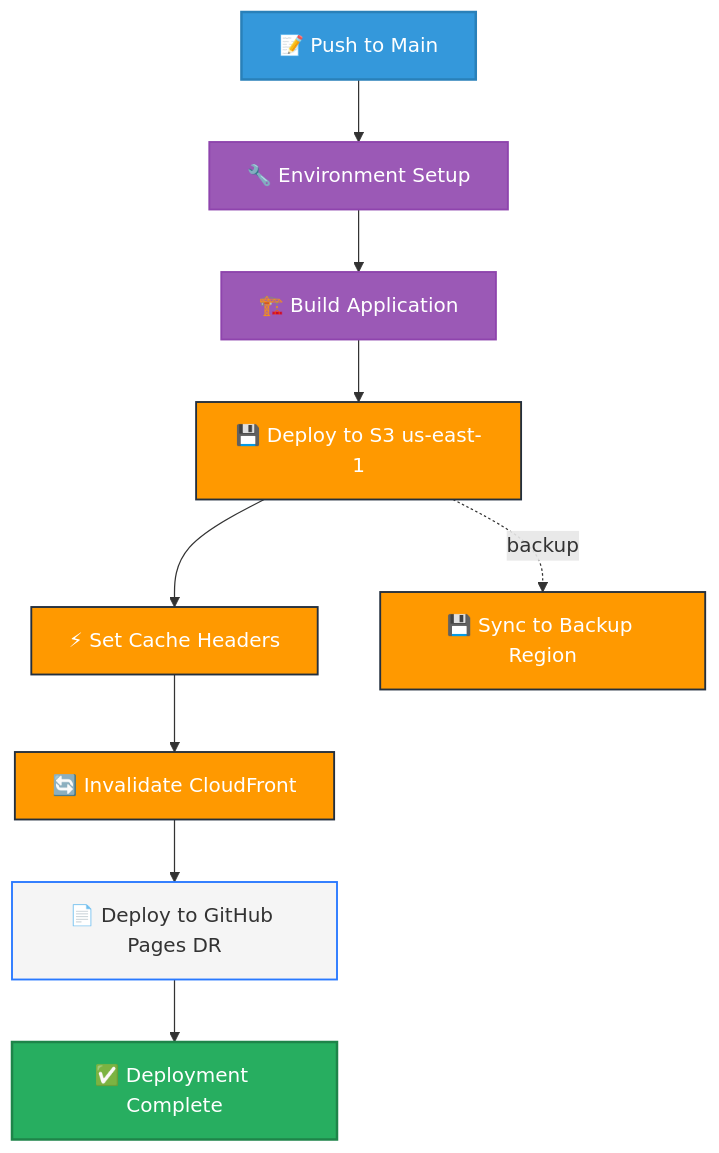
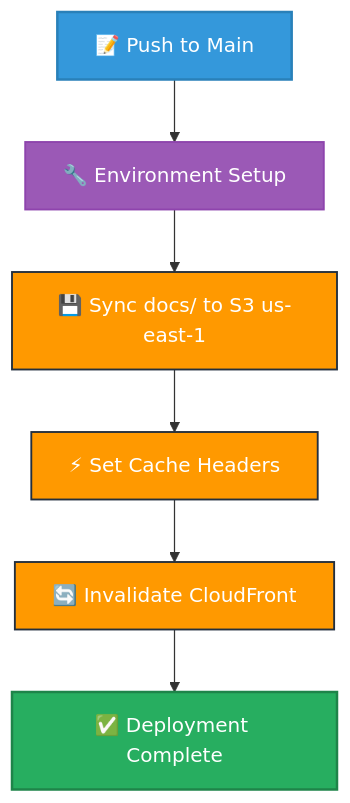
One commit to Hack23/blacktrigram changed the fourth of 13 diagrams in WORKFLOWS.md. Above: the diagram before and after it, drawn with Mermaid. The commit also changed other lines of this file and 5 other files, not shown here.

Commit message:
docs: Fix PR review comments - encoding, C4 diagrams, deployment workflows

````diff
--- a/WORKFLOWS.md
+++ b/WORKFLOWS.md
@@ -183,26 +183,20 @@
 ```mermaid
 flowchart TD
     Trigger[📝 Push to Main] --> Prepare[🔧 Environment Setup]
-    Prepare --> Build[🏗️ Build Application]
-    Build --> S3Deploy[💾 Deploy to S3 us-east-1]
+    Prepare --> S3Deploy[💾 Sync docs/ to S3 us-east-1]
     
     S3Deploy --> CacheHeaders[⚡ Set Cache Headers]
     CacheHeaders --> CFInvalidate[🔄 Invalidate CloudFront]
     
-    S3Deploy -.backup.-> S3Backup[💾 Sync to Backup Region]
-    CFInvalidate --> GHPages[📄 Deploy to GitHub Pages DR]
-    
-    GHPages --> Complete[✅ Deployment Complete]
+    CFInvalidate --> Complete[✅ Deployment Complete]
     
     classDef trigger fill:#3498db,stroke:#2980b9,stroke-width:2px,color:white
     classDef process fill:#9b59b6,stroke:#8e44ad,stroke-width:1.5px,color:white
     classDef aws fill:#FF9900,stroke:#232F3E,stroke-width:1.5px,color:white
-    classDef github fill:#f5f5f5,stroke:#2979FF,stroke-width:1.5px
     classDef complete fill:#27ae60,stroke:#1e8449,stroke-width:2px,color:white
     
     class Trigger trigger
-    class Prepare,Build process
-    class S3Deploy,CacheHeaders,CFInvalidate,S3Backup aws
-    class GHPages github
+    class Prepare process
+    class S3Deploy,CacheHeaders,CFInvalidate aws
     class Complete complete
 ```
````
